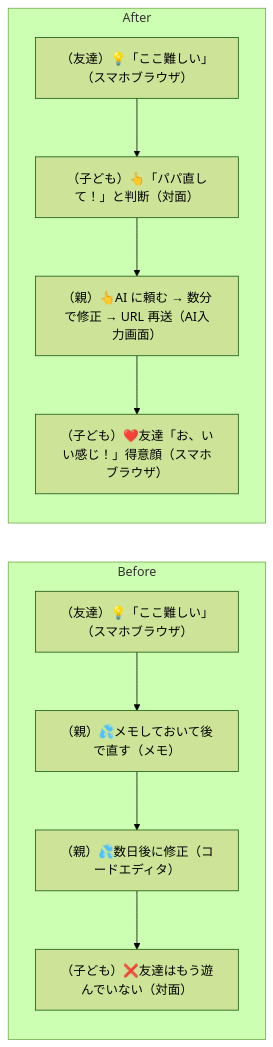
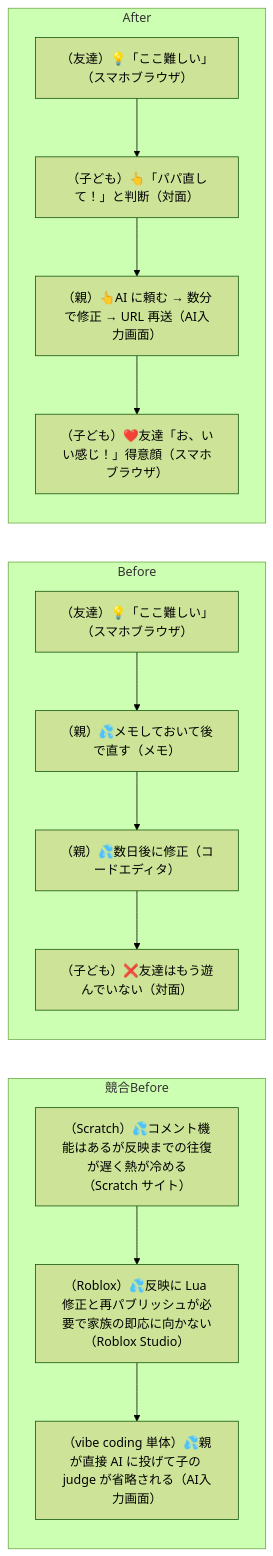
Before and after one commit to tatsuro-ueda/code-quest-pyxel: diagram 24 of 42 in docs/customer-journeys.md, drawn with Mermaid (forest theme). The commit also changed other lines of this file, not shown here.

````diff
--- a/docs/customer-journeys.md
+++ b/docs/customer-journeys.md
@@ -754,15 +768,20 @@
 ```mermaid
 flowchart LR
+    subgraph Competitor["競合Before"]
+        C1[（Scratch）💦コメント機能はあるが反映までの往復が遅く熱が冷める（Scratch サイト）]
+        C1 --> C2[（Roblox）💦反映に Lua 修正と再パブリッシュが必要で家族の即応に向かない（Roblox Studio）]
+        C2 --> C3[（vibe coding 単体）💦親が直接 AI に投げて子の judge が省略される（AI入力画面）]
+    end
     subgraph Before["Before"]
         B1[（友達）💡「ここ難しい」（スマホブラウザ）]
         B1 --> B2[（親）💦メモしておいて後で直す（メモ）]
         B2 --> B3[（親）💦数日後に修正（コードエディタ）]
         B3 --> B4[（子ども）❌友達はもう遊んでいない（対面）]
     end
     subgraph After["After"]
         A1[（友達）💡「ここ難しい」（スマホブラウザ）]
         A1 --> A2[（子ども）👆「パパ直して！」と判断（対面）]
         A2 --> A3[（親）👆AI に頼む → 数分で修正 → URL 再送（AI入力画面）]
         A3 --> A4[（子ども）❤️友達「お、いい感じ！」得意顔（スマホブラウザ）]
     end
 ```
````
